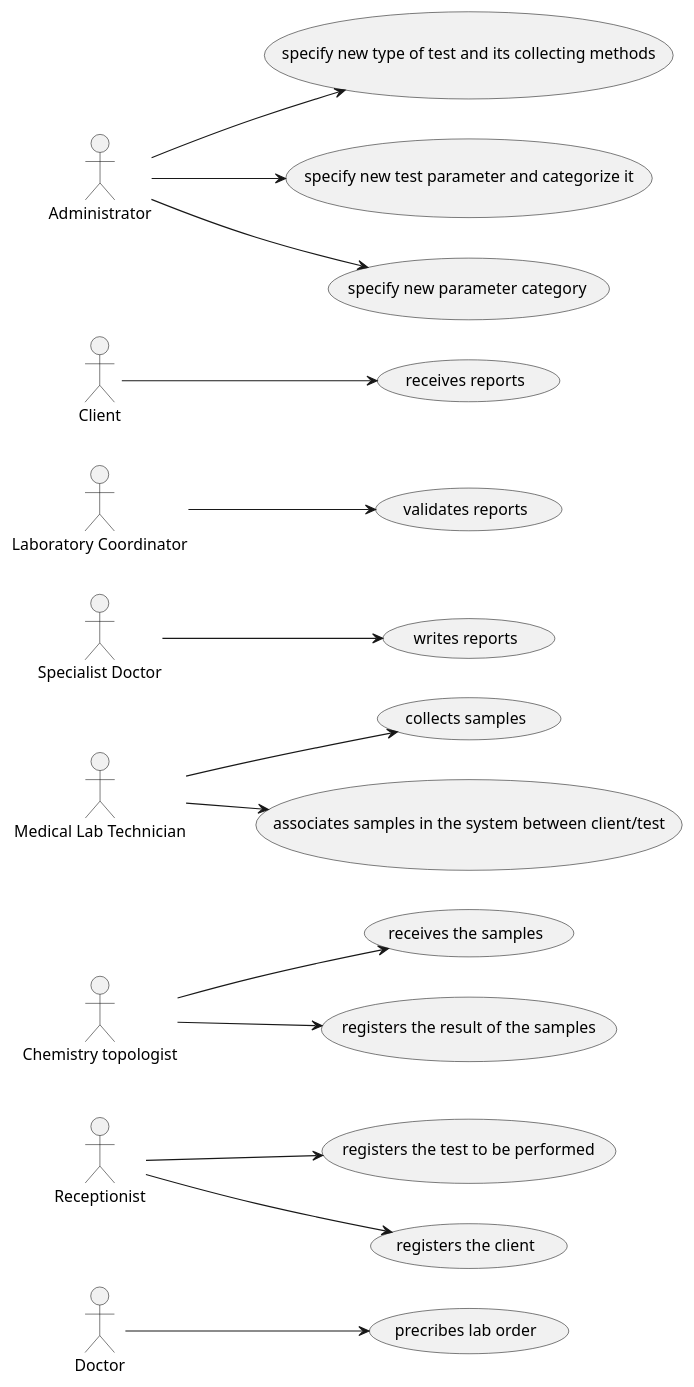
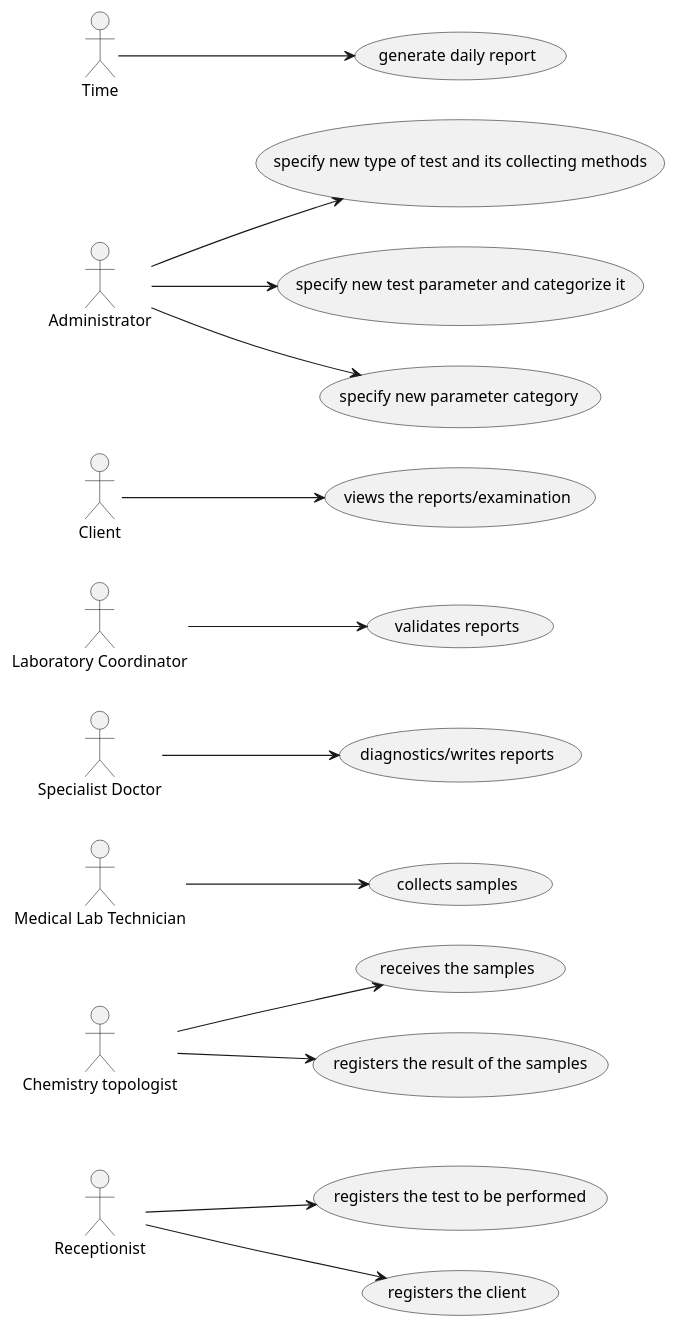
Before and after one commit to jsmarques98/LAPR2-ISEP: the diagram in docs/SprintA/UCD.puml, drawn with PlantUML. The commit also changed 1 other file, not shown here.

Commit message:
updated use case diagram

```diff
--- a/docs/SprintA/UCD.puml
+++ b/docs/SprintA/UCD.puml
@@ -1,26 +1,24 @@
 @startuml
 left to right direction
-
-:Doctor: --> (precribes lab order)
 
 :Receptionist: --> (registers the test to be performed)
 :Receptionist: --> (registers the client)
 
 :Chemistry topologist: --> (receives the samples)
 :Chemistry topologist: --> (registers the result of the samples)
 
 :Medical Lab Technician: --> (collects samples)
-:Medical Lab Technician: --> (associates samples in the system between client/test)
 
-:Specialist Doctor: --> (writes reports)
+:Specialist Doctor: --> (diagnostics/writes reports)
 
 :Laboratory Coordinator: --> (validates reports)
 
-:Client: --> (receives reports)
+:Client: --> (views the reports/examination)
 
 :Administrator: --> (specify new type of test and its collecting methods)
 :Administrator: --> (specify new test parameter and categorize it)
 :Administrator: --> (specify new parameter category)
 
+:Time: --> (generate daily report)
 
 @enduml
```
